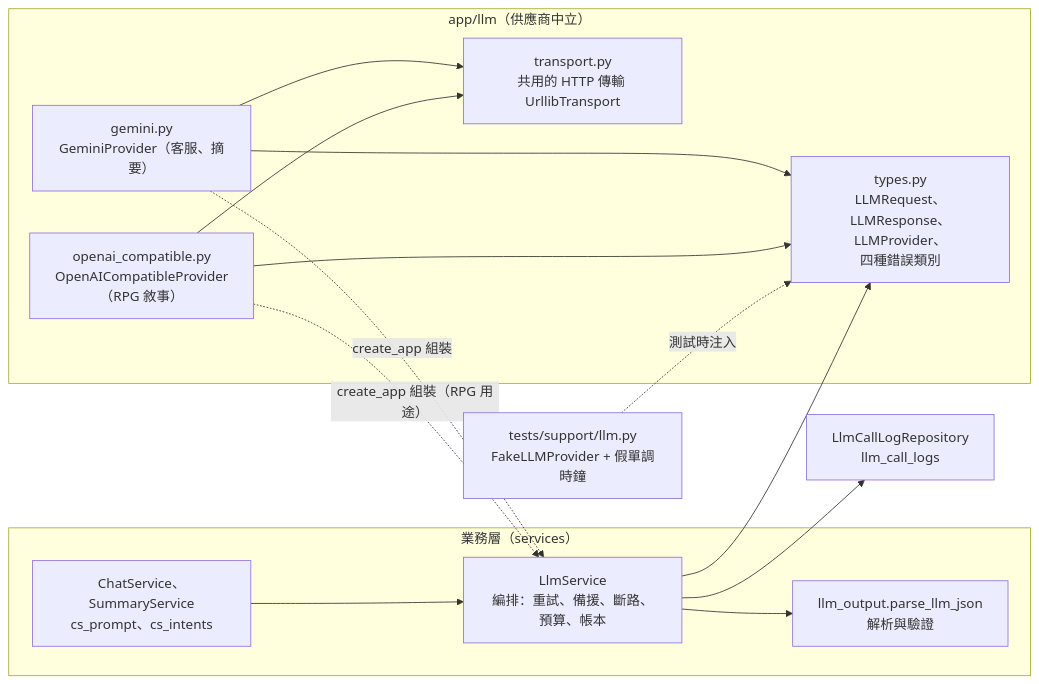
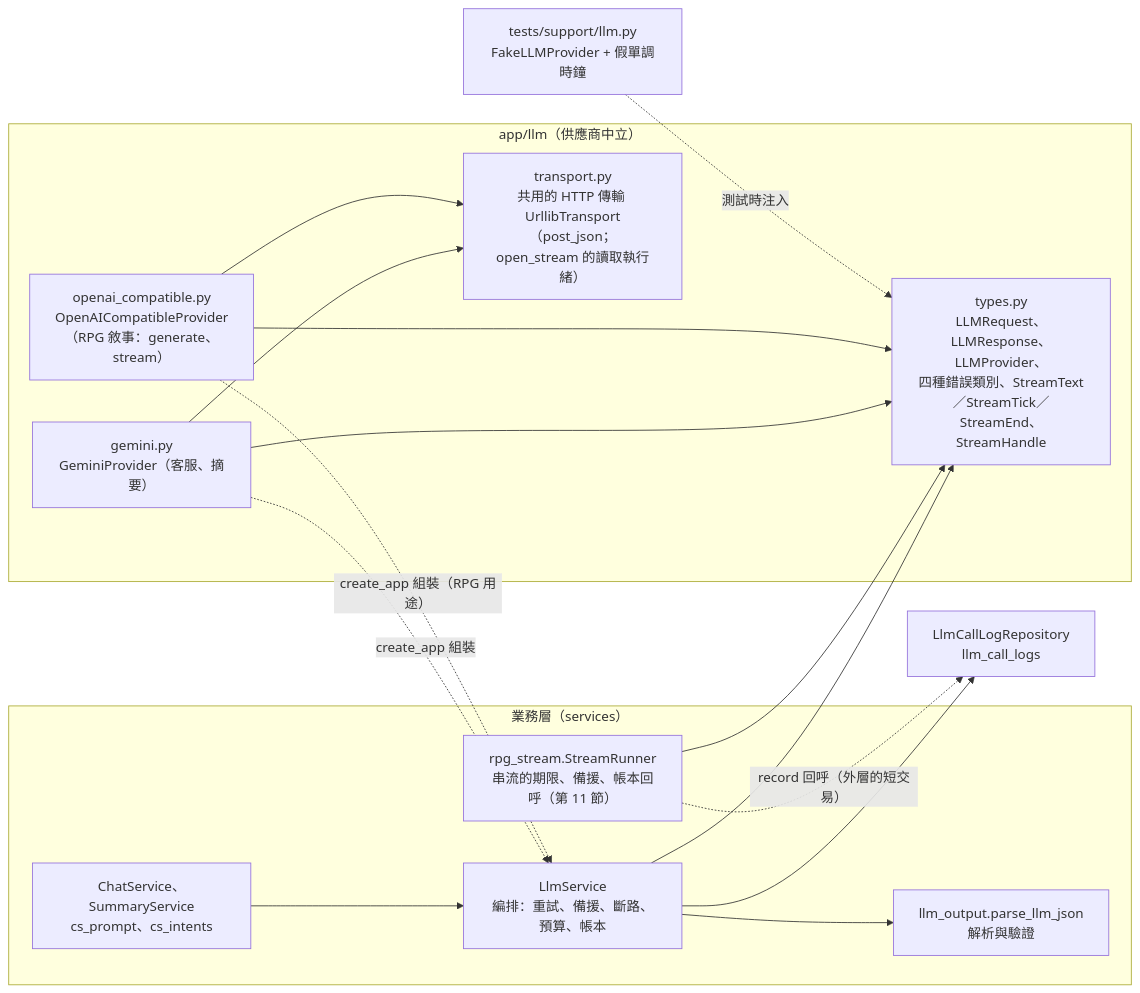
One commit to pp466pp466/R.A.C changed the first of 7 diagrams in docs/模型呼叫層-llm-layer.md. Above: the diagram before and after it, drawn with Mermaid. The commit also changed other lines of this file and 16 other files, not shown here.

First line of the commit message:
RC-2a 批次 2：串流轉接器（串流型別、傳輸、轉接器、StreamRunner）

````diff
--- a/docs/模型呼叫層-llm-layer.md
+++ b/docs/模型呼叫層-llm-layer.md
@@ -11,28 +13,31 @@
 ```mermaid
 flowchart LR
     subgraph Biz["業務層（services）"]
         Ls["LlmService<br/>編排：重試、備援、斷路、預算、帳本"]
         Out["llm_output.parse_llm_json<br/>解析與驗證"]
         Cs["ChatService、SummaryService<br/>cs_prompt、cs_intents"]
+        Rs["rpg_stream.StreamRunner<br/>串流的期限、備援、帳本回呼（第 11 節）"]
     end
     subgraph Llm["app/llm（供應商中立）"]
-        Types["types.py<br/>LLMRequest、LLMResponse、LLMProvider、<br/>四種錯誤類別"]
+        Types["types.py<br/>LLMRequest、LLMResponse、LLMProvider、<br/>四種錯誤類別、StreamText／StreamTick／<br/>StreamEnd、StreamHandle"]
         Gem["gemini.py<br/>GeminiProvider（客服、摘要）"]
-        Oai["openai_compatible.py<br/>OpenAICompatibleProvider（RPG 敘事）"]
-        Tr["transport.py<br/>共用的 HTTP 傳輸 UrllibTransport"]
+        Oai["openai_compatible.py<br/>OpenAICompatibleProvider（RPG 敘事：generate、stream）"]
+        Tr["transport.py<br/>共用的 HTTP 傳輸 UrllibTransport<br/>（post_json；open_stream 的讀取執行緒）"]
     end
     Fake["tests/support/llm.py<br/>FakeLLMProvider + 假單調時鐘"]
     Repo["LlmCallLogRepository<br/>llm_call_logs"]
 
     Cs --> Ls
     Ls --> Out
     Ls --> Types
     Ls --> Repo
+    Rs --> Types
+    Rs -.->|"record 回呼（外層的短交易）"| Repo
     Gem --> Types
     Oai --> Types
     Gem --> Tr
     Oai --> Tr
     Fake -.->|"測試時注入"| Types
     Gem -.->|"create_app 組裝"| Ls
     Oai -.->|"create_app 組裝（RPG 用途）"| Ls
 ```
````
